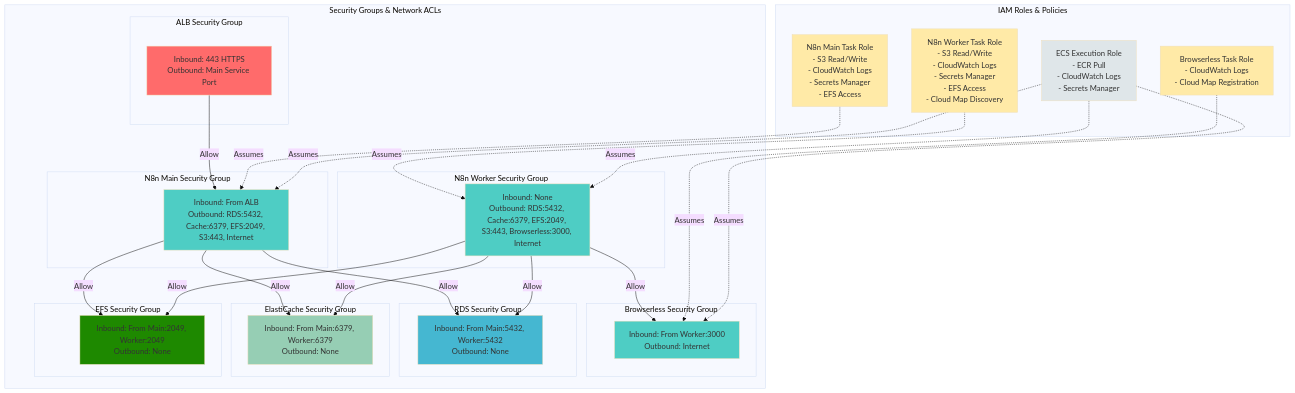
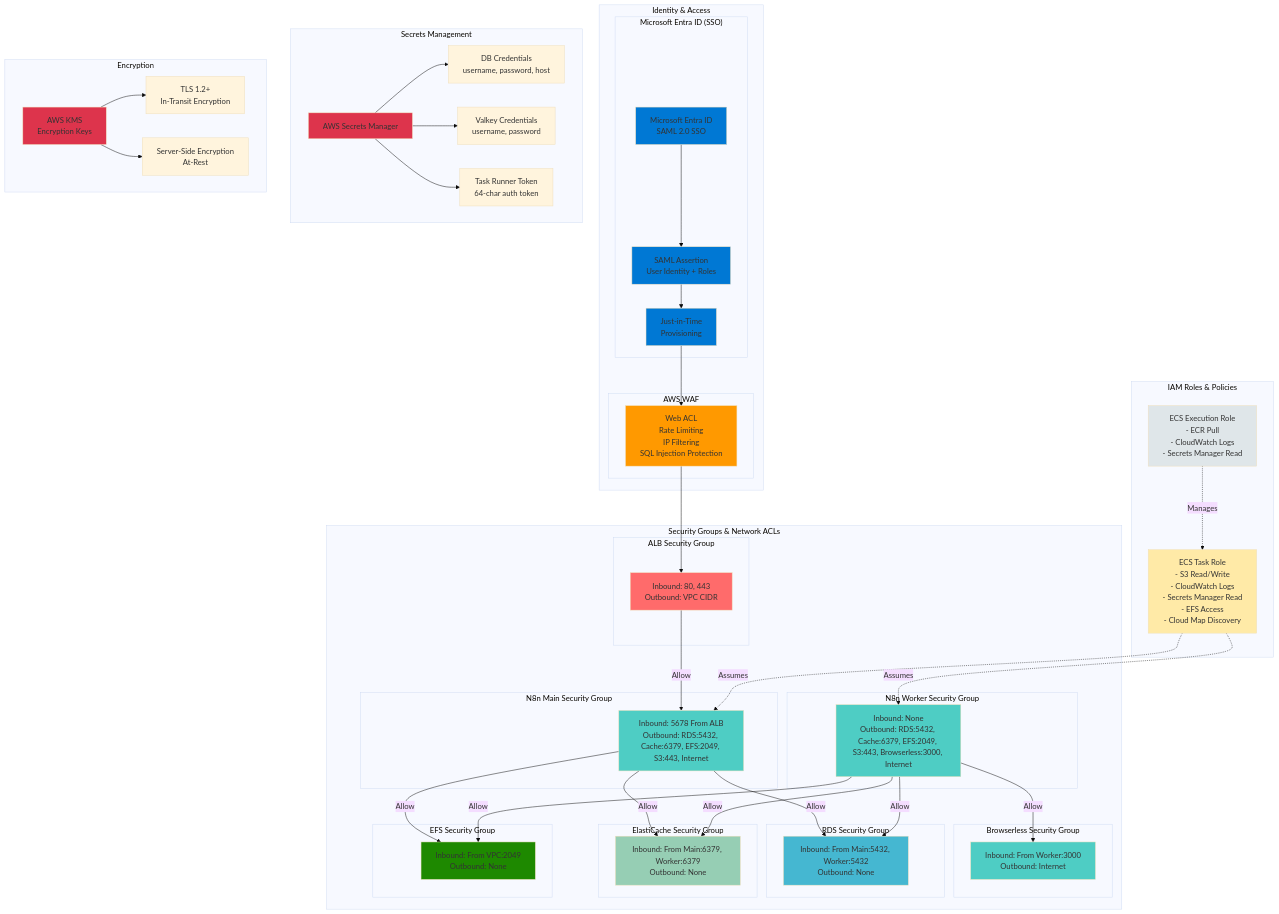
One commit to KennethWKZ/terraform-aws-n8n changed the fourth of 6 diagrams in aws-architecture-diagrams.md. Above: the diagram before and after it, drawn with Mermaid (base theme). The commit also changed other lines of this file and 14 other files, not shown here.

First line of the commit message:
refactor(architecture): replace python diagrams with AWS MCP

````diff
--- a/aws-architecture-diagrams.md
+++ b/aws-architecture-diagrams.md
@@ -251,12 +300,24 @@
 ```mermaid
 graph TB
+    subgraph "Identity & Access"
+        subgraph "Microsoft Entra ID (SSO)"
+            EntraID[Microsoft Entra ID<br/>SAML 2.0 SSO]
+            SAML[SAML Assertion<br/>User Identity + Roles]
+            JIT[Just-in-Time<br/>Provisioning]
+        end
+        
+        subgraph "AWS WAF"
+            WAF[Web ACL<br/>Rate Limiting<br/>IP Filtering<br/>SQL Injection Protection]
+        end
+    end
+    
     subgraph "Security Groups & Network ACLs"
         subgraph "ALB Security Group"
-            ALB_SG[Inbound: 443 HTTPS<br/>Outbound: Main Service Port]
+            ALB_SG[Inbound: 80, 443<br/>Outbound: VPC CIDR]
         end
         
         subgraph "N8n Main Security Group"
-            Main_SG[Inbound: From ALB<br/>Outbound: RDS:5432, Cache:6379, EFS:2049, S3:443, Internet]
+            Main_SG[Inbound: 5678 From ALB<br/>Outbound: RDS:5432, Cache:6379, EFS:2049, S3:443, Internet]
         end
         
         subgraph "N8n Worker Security Group"
@@ -276,16 +337,30 @@
         end
         
         subgraph "EFS Security Group"
-            EFS_SG[Inbound: From Main:2049, Worker:2049<br/>Outbound: None]
+            EFS_SG[Inbound: From VPC:2049<br/>Outbound: None]
         end
     end
     
     subgraph "IAM Roles & Policies"
-        Main_Task_Role[N8n Main Task Role<br/>- S3 Read/Write<br/>- CloudWatch Logs<br/>- Secrets Manager<br/>- EFS Access]
-        Worker_Task_Role[N8n Worker Task Role<br/>- S3 Read/Write<br/>- CloudWatch Logs<br/>- Secrets Manager<br/>- EFS Access<br/>- Cloud Map Discovery]
-        Browser_Task_Role[Browserless Task Role<br/>- CloudWatch Logs<br/>- Cloud Map Registration]
-        ECS_Exec_Role[ECS Execution Role<br/>- ECR Pull<br/>- CloudWatch Logs<br/>- Secrets Manager]
+        Task_Role[ECS Task Role<br/>- S3 Read/Write<br/>- CloudWatch Logs<br/>- Secrets Manager Read<br/>- EFS Access<br/>- Cloud Map Discovery]
+        Exec_Role[ECS Execution Role<br/>- ECR Pull<br/>- CloudWatch Logs<br/>- Secrets Manager Read]
     end
+    
+    subgraph "Secrets Management"
+        Secrets[AWS Secrets Manager]
+        DB_Secret[DB Credentials<br/>username, password, host]
+        Valkey_Secret[Valkey Credentials<br/>username, password]
+        Runner_Secret[Task Runner Token<br/>64-char auth token]
+    end
+    
+    subgraph "Encryption"
+        KMS[AWS KMS<br/>Encryption Keys]
+        TLS[TLS 1.2+<br/>In-Transit Encryption]
+        SSE[Server-Side Encryption<br/>At-Rest]
+    end
+    
+    EntraID --> SAML --> JIT
+    JIT --> WAF --> ALB_SG
     
     ALB_SG -->|Allow| Main_SG
     Main_SG -->|Allow| RDS_SG
@@ -296,13 +371,21 @@
     Worker_SG -->|Allow| EFS_SG
     Worker_SG -->|Allow| Browser_SG
     
-    Main_Task_Role -.->|Assumes| Main_SG
-    Worker_Task_Role -.->|Assumes| Worker_SG
-    Browser_Task_Role -.->|Assumes| Browser_SG
-    ECS_Exec_Role -.->|Assumes| Main_SG
-    ECS_Exec_Role -.->|Assumes| Worker_SG
-    ECS_Exec_Role -.->|Assumes| Browser_SG
+    Task_Role -.->|Assumes| Main_SG
+    Task_Role -.->|Assumes| Worker_SG
+    Exec_Role -.->|Manages| Task_Role
+    
+    Secrets --> DB_Secret
+    Secrets --> Valkey_Secret
+    Secrets --> Runner_Secret
+    
+    KMS --> TLS
+    KMS --> SSE
 
+    style EntraID fill:#0078d4
+    style SAML fill:#0078d4
+    style JIT fill:#0078d4
+    style WAF fill:#ff9900
     style ALB_SG fill:#ff6b6b
     style Main_SG fill:#4ecdc4
     style Worker_SG fill:#4ecdc4
@@ -310,8 +393,8 @@
     style RDS_SG fill:#45b7d1
     style Cache_SG fill:#96ceb4
     style EFS_SG fill:#1e8900
-    style Main_Task_Role fill:#ffeaa7
-    style Worker_Task_Role fill:#ffeaa7
-    style Browser_Task_Role fill:#ffeaa7
-    style ECS_Exec_Role fill:#dfe6e9
+    style Task_Role fill:#ffeaa7
+    style Exec_Role fill:#dfe6e9
+    style Secrets fill:#dd344c
+    style KMS fill:#dd344c
 ```
````
